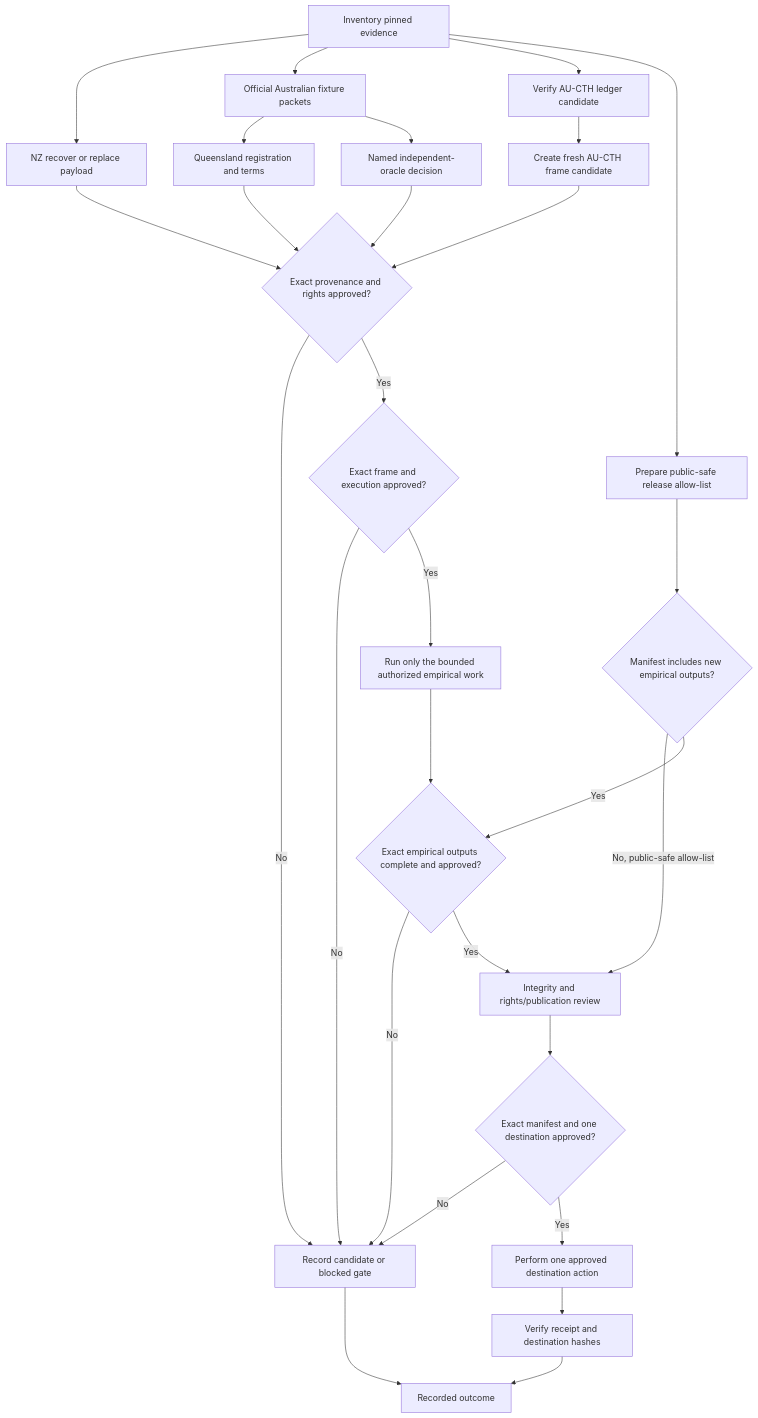
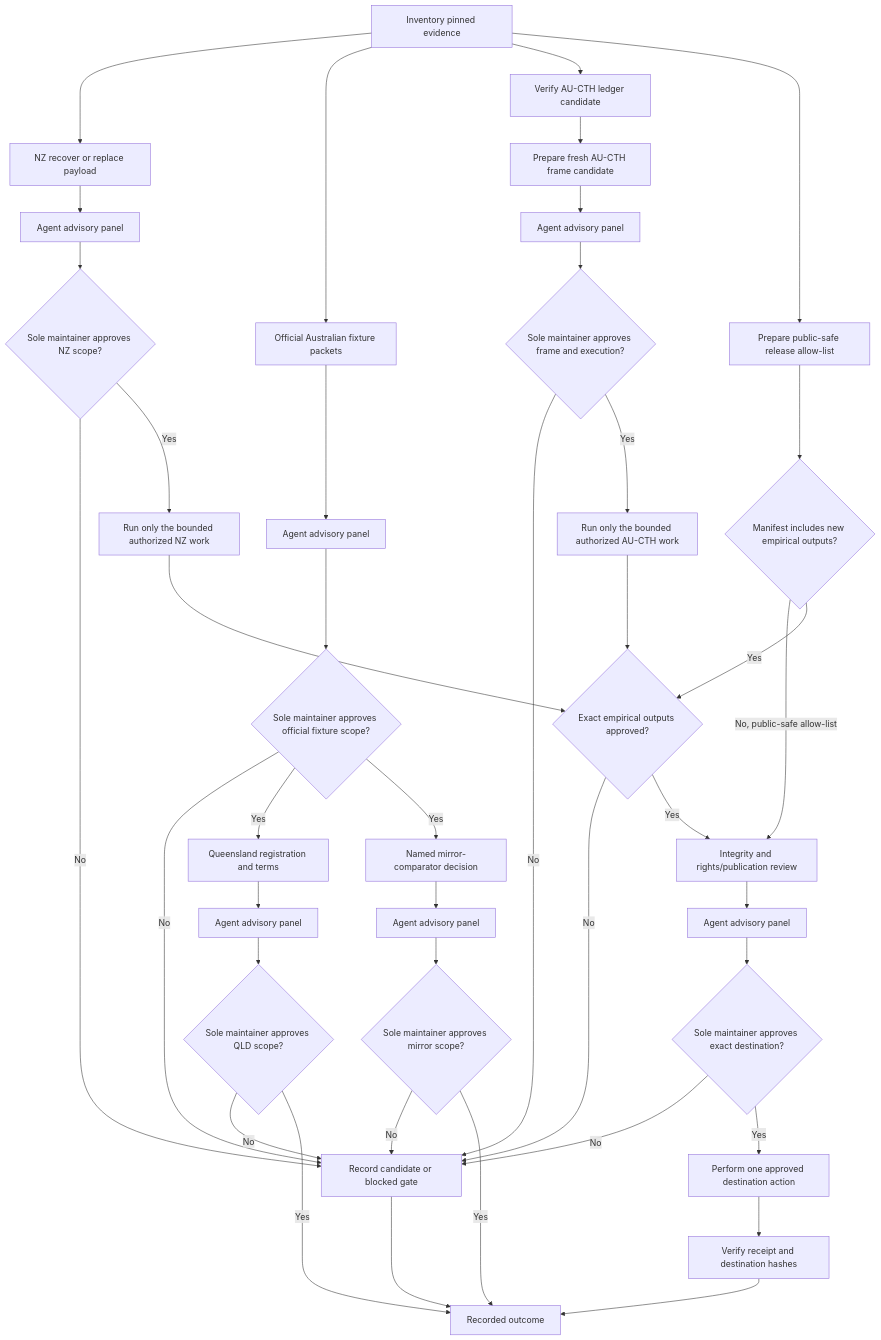
One commit to edithatogo/foi-o changed the diagram in conductor/tracks/remaining_evidence_and_release_gates_20260803/workflow.md. Above: the diagram before and after it, drawn with Mermaid. The commit also changed other lines of this file and 45 other files, not shown here.

First line of the commit message:
docs: track release governance and AU-CTH recovery

````diff
--- a/conductor/tracks/remaining_evidence_and_release_gates_20260803/workflow.md
+++ b/conductor/tracks/remaining_evidence_and_release_gates_20260803/workflow.md
@@ -3,30 +3,43 @@
 ```mermaid
 flowchart TD
   A[Inventory pinned evidence] --> NZ[NZ recover or replace payload]
   A --> AU[Official Australian fixture packets]
   A --> CTH[Verify AU-CTH ledger candidate]
   A --> RM[Prepare public-safe release allow-list]
-  AU --> QLD[Queensland registration and terms]
-  AU --> MIRROR[Named independent-oracle decision]
-  NZ --> RIGHTS{Exact provenance and rights approved?}
-  QLD --> RIGHTS
-  MIRROR --> RIGHTS
-  CTH --> FRAME[Create fresh AU-CTH frame candidate]
-  FRAME --> RIGHTS
-  RIGHTS -- No --> BLOCK[Record candidate or blocked gate]
-  RIGHTS -- Yes --> EXEC{Exact frame and execution approved?}
-  EXEC -- No --> BLOCK
-  EXEC -- Yes --> EMP[Run only the bounded authorized empirical work]
+  NZ --> NZP[Agent advisory panel]
+  NZP --> NZD{Sole maintainer approves NZ scope?}
+  NZD -- No --> BLOCK[Record candidate or blocked gate]
+  NZD -- Yes --> NZEMP[Run only the bounded authorized NZ work]
+  AU --> AUP[Agent advisory panel]
+  AUP --> AUD{Sole maintainer approves official fixture scope?}
+  AUD -- No --> BLOCK
+  AUD -- Yes --> QLD[Queensland registration and terms]
+  QLD --> QLDP[Agent advisory panel]
+  QLDP --> QLDD{Sole maintainer approves QLD scope?}
+  QLDD -- No --> BLOCK
+  AUD -- Yes --> MIRROR[Named mirror-comparator decision]
+  MIRROR --> MP[Agent advisory panel]
+  MP --> MD{Sole maintainer approves mirror scope?}
+  MD -- No --> BLOCK
+  CTH --> FRAME[Prepare fresh AU-CTH frame candidate]
+  FRAME --> CTHP[Agent advisory panel]
+  CTHP --> CTHD{Sole maintainer approves frame and execution?}
+  CTHD -- No --> BLOCK
+  CTHD -- Yes --> CTHEMP[Run only the bounded authorized AU-CTH work]
   RM --> SCOPE{Manifest includes new empirical outputs?}
   SCOPE -- No, public-safe allow-list --> REVIEW[Integrity and rights/publication review]
-  SCOPE -- Yes --> EMPREADY{Exact empirical outputs complete and approved?}
-  EMP --> EMPREADY
+  SCOPE -- Yes --> EMPREADY{Exact empirical outputs approved?}
+  NZEMP --> EMPREADY
+  CTHEMP --> EMPREADY
   EMPREADY -- No --> BLOCK
   EMPREADY -- Yes --> REVIEW
-  REVIEW --> RELEASE{Exact manifest and one destination approved?}
+  REVIEW --> RP[Agent advisory panel]
+  RP --> RELEASE{Sole maintainer approves exact destination?}
   RELEASE -- No --> BLOCK
   RELEASE -- Yes --> ACTION[Perform one approved destination action]
   ACTION --> RECEIPT[Verify receipt and destination hashes]
   BLOCK --> END[Recorded outcome]
+  QLDD -- Yes --> END
+  MD -- Yes --> END
   RECEIPT --> END
 ```
````
